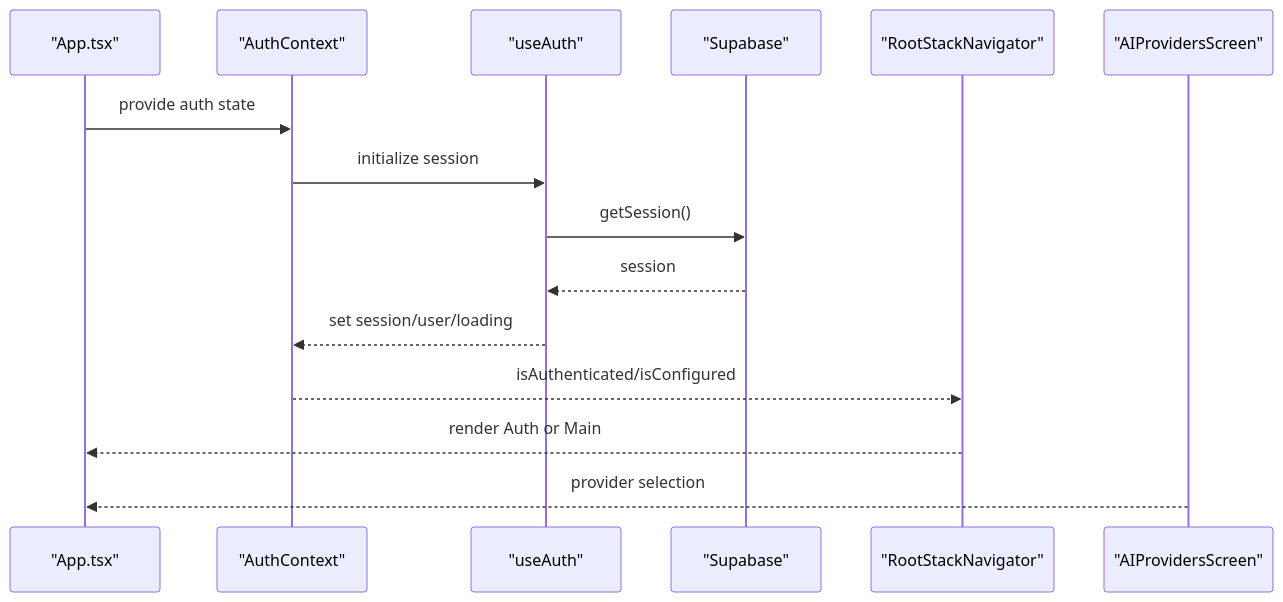
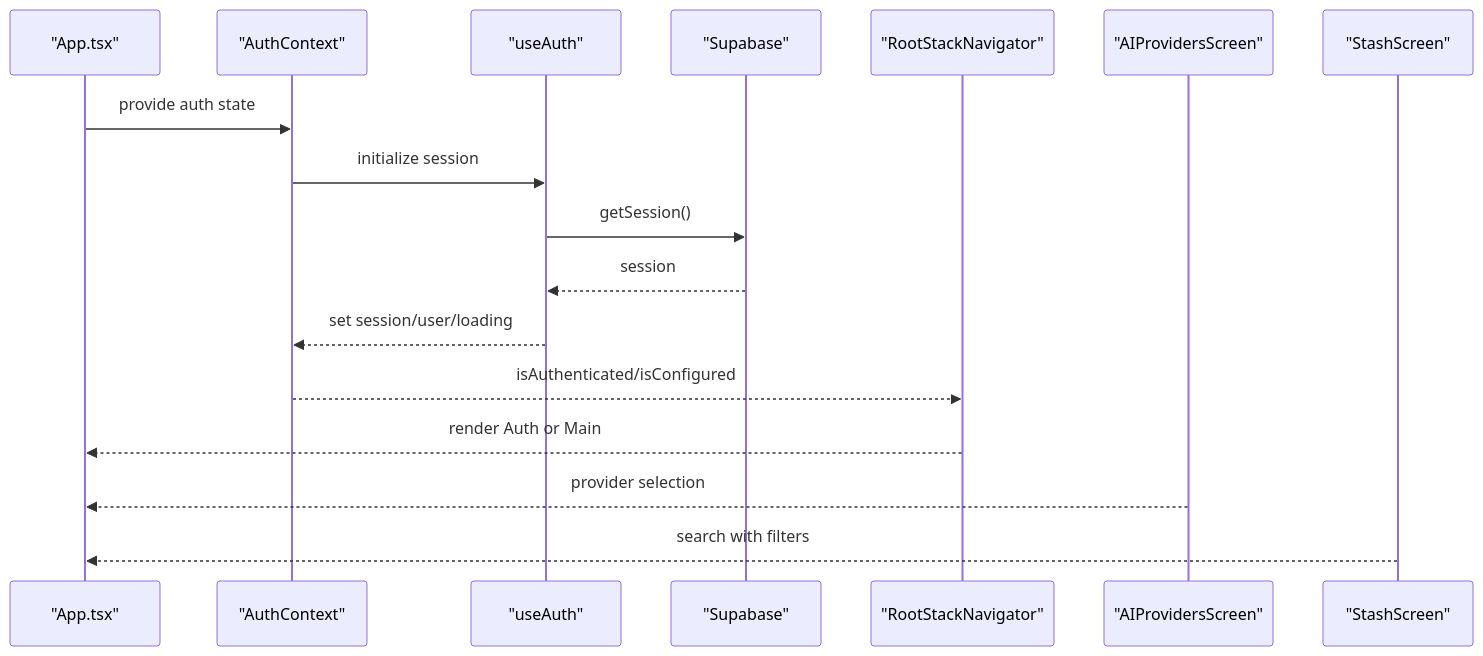
Before and after one commit to hunglevi87/Hidden-Gem: the fourth of 10 diagrams in .qoder/repowiki/en/content/Frontend Application/Development Workflow.md, drawn with Mermaid. The commit also changed other lines of this file and 14 other files, not shown here.

````diff
--- a/.qoder/repowiki/en/content/Frontend Application/Development Workflow.md
+++ b/.qoder/repowiki/en/content/Frontend Application/Development Workflow.md
@@ -245,17 +272,19 @@
 ```mermaid
 sequenceDiagram
 participant App as "App.tsx"
 participant Ctx as "AuthContext"
 participant Hook as "useAuth"
 participant Supabase as "Supabase"
 participant Nav as "RootStackNavigator"
 participant AIConfig as "AIProvidersScreen"
+participant Stash as "StashScreen"
 App->>Ctx : provide auth state
 Ctx->>Hook : initialize session
 Hook->>Supabase : getSession()
 Supabase-->>Hook : session
 Hook-->>Ctx : set session/user/loading
 Ctx-->>Nav : isAuthenticated/isConfigured
 Nav-->>App : render Auth or Main
 AIConfig-->>App : provider selection
+Stash-->>App : search with filters
 ```
````
